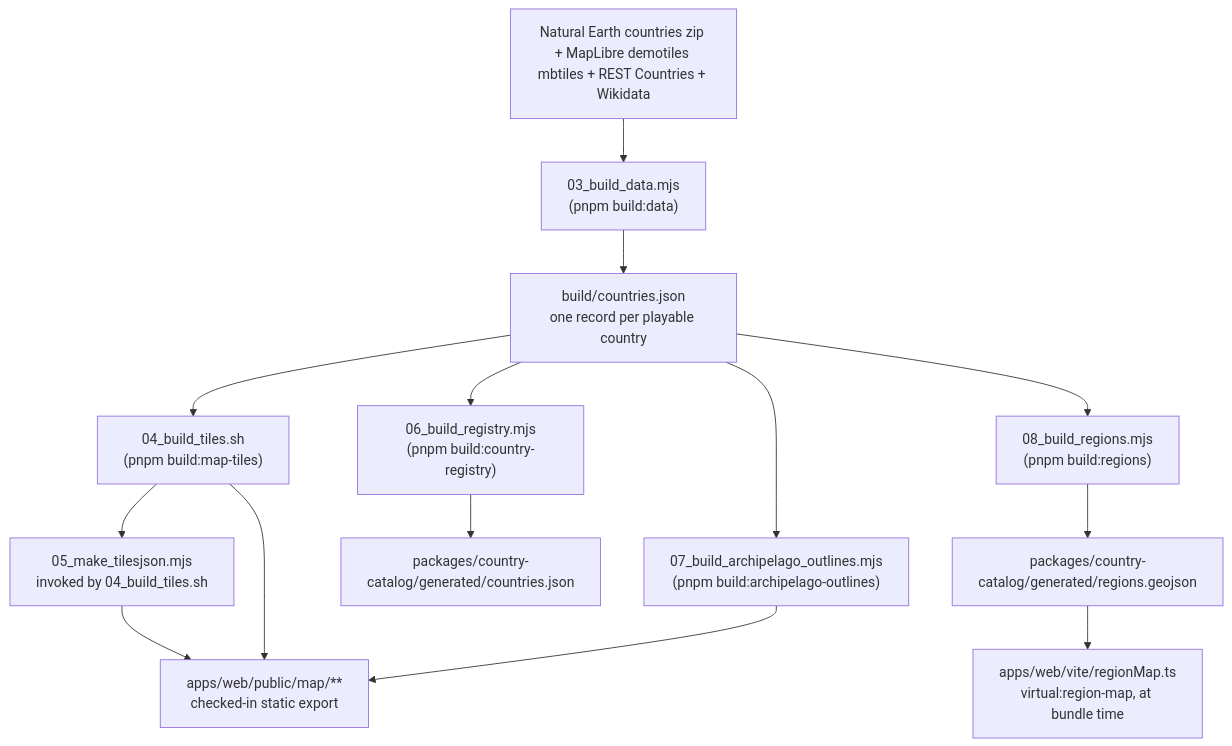
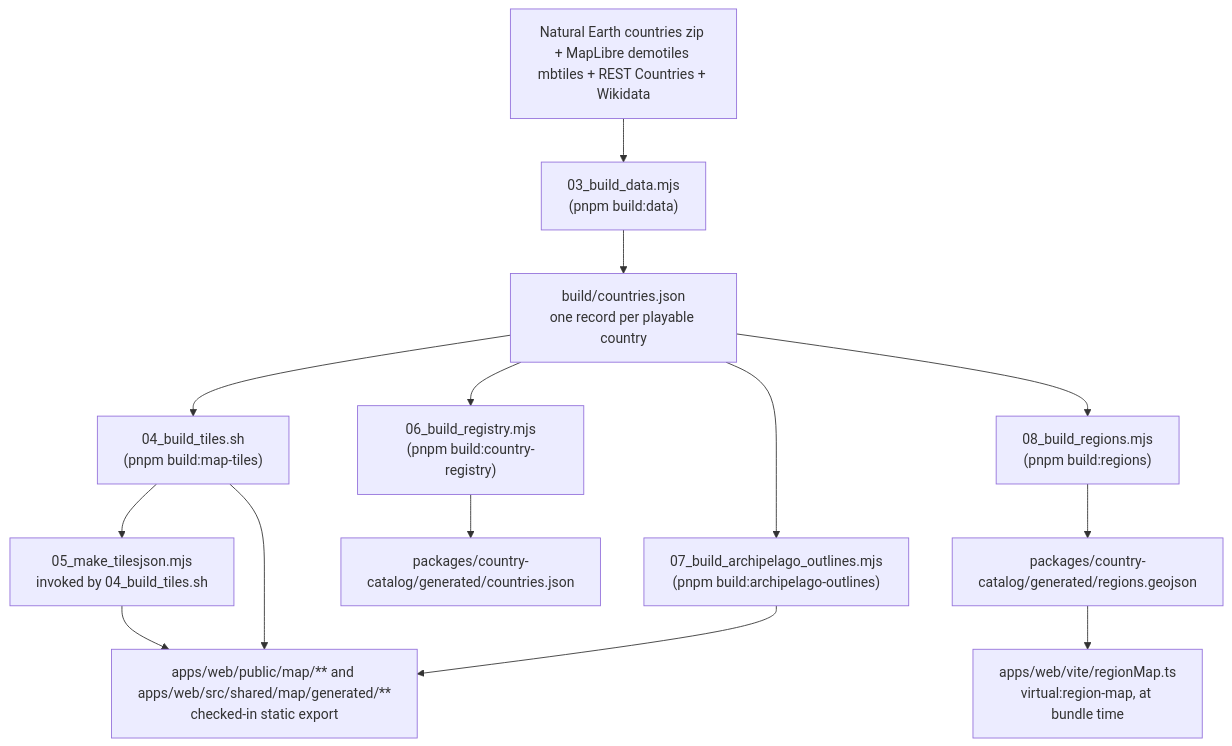
One commit to atamuratov07/georally-game changed the diagram in docs/architecture/data-pipeline.md. Above: the diagram before and after it, drawn with Mermaid. The commit also changed other lines of this file and 11 other files, not shown here.

Commit message:
perf(web): bundle the map style and outlines with the app

````diff
--- a/docs/architecture/data-pipeline.md
+++ b/docs/architecture/data-pipeline.md
@@ -5,29 +5,29 @@
 ```mermaid
 graph TD
     Upstream["Natural Earth countries zip + MapLibre demotiles mbtiles + REST Countries + Wikidata"]
     BuildData["03_build_data.mjs<br/>(pnpm build:data)"]
     Countries["build/countries.json<br/>one record per playable country"]
     BuildTiles["04_build_tiles.sh<br/>(pnpm build:map-tiles)"]
     TileJson["05_make_tilesjson.mjs<br/>invoked by 04_build_tiles.sh"]
     BuildRegistry["06_build_registry.mjs<br/>(pnpm build:country-registry)"]
     CatalogJson["packages/country-catalog/generated/countries.json"]
     BuildOutlines["07_build_archipelago_outlines.mjs<br/>(pnpm build:archipelago-outlines)"]
     BuildRegions["08_build_regions.mjs<br/>(pnpm build:regions)"]
     CatalogRegions["packages/country-catalog/generated/regions.geojson"]
     RegionPlugin["apps/web/vite/regionMap.ts<br/>virtual:region-map, at bundle time"]
-    WebMap["apps/web/public/map/**<br/>checked-in static export"]
+    WebMap["apps/web/public/map/** and apps/web/src/shared/map/generated/**<br/>checked-in static export"]
 
     Upstream --> BuildData
     BuildData --> Countries
     Countries --> BuildTiles
     Countries --> BuildRegistry
     Countries --> BuildOutlines
     Countries --> BuildRegions
     BuildTiles --> TileJson
     BuildTiles --> WebMap
     TileJson --> WebMap
     BuildRegistry --> CatalogJson
     BuildOutlines --> WebMap
     BuildRegions --> CatalogRegions
     CatalogRegions --> RegionPlugin
 ```
````
